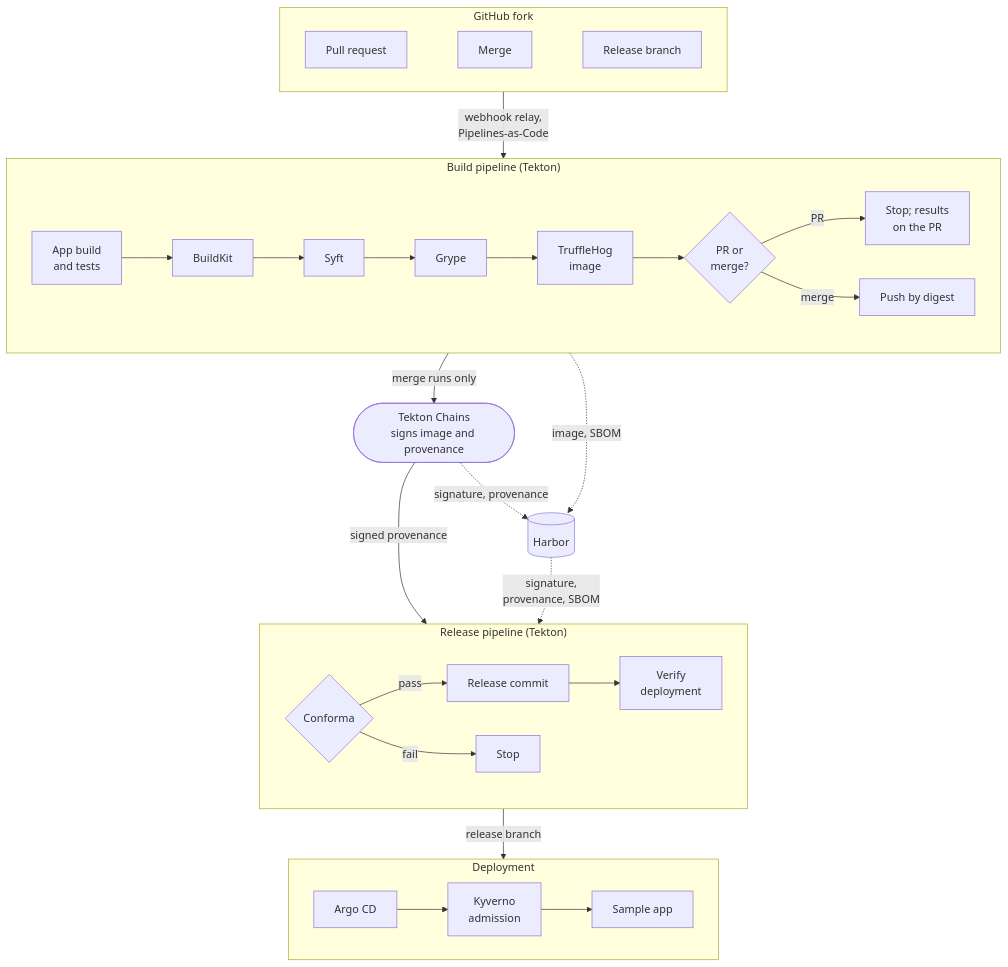
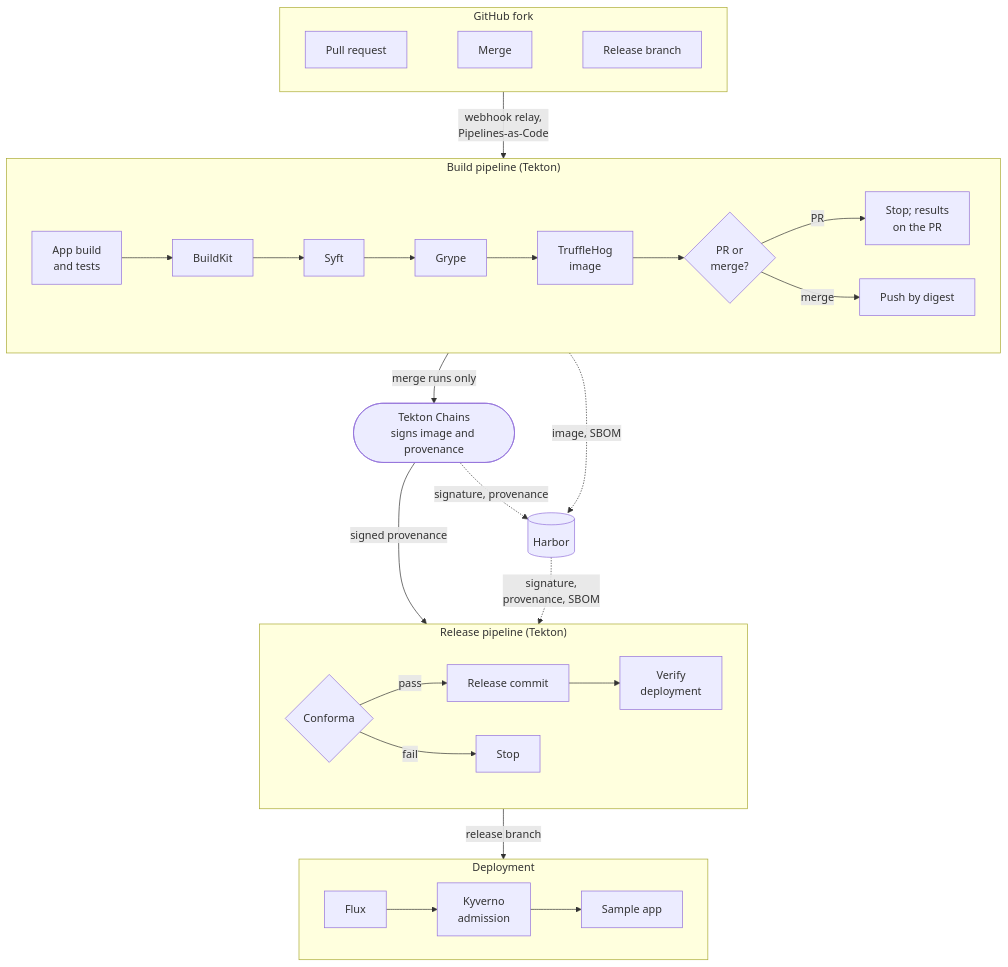
The second of 2 diagrams in content/en/docs/golden-paths/kubernetes-mvp-design.md (cdfoundation/Platform-Engineering), drawn with Mermaid before and after one commit. The commit also changed other lines of this file, not shown here.

Commit message:
docs: use Flux CD in the golden path design and shorten the page

````diff
--- a/content/en/docs/golden-paths/kubernetes-mvp-design.md
+++ b/content/en/docs/golden-paths/kubernetes-mvp-design.md
@@ -97,31 +84,31 @@
 ```mermaid
 flowchart TB
     subgraph GIT["GitHub fork"]
         direction LR
         PR["Pull request"] ~~~ M["Merge"] ~~~ RB["Release branch"]
     end
     subgraph BT["Build pipeline (Tekton)"]
         direction LR
         A["App build<br/>and tests"] --> B["BuildKit"] --> S["Syft"] --> G["Grype"] --> T["TruffleHog<br/>image"] --> Q{"PR or<br/>merge?"}
         Q -->|PR| X["Stop; results<br/>on the PR"]
         Q -->|merge| P["Push by digest"]
     end
     C(["Tekton Chains<br/>signs image and provenance"])
     subgraph REL["Release pipeline (Tekton)"]
         direction LR
         CF{"Conforma"} -->|pass| GC["Release commit"] --> DV["Verify<br/>deployment"]
         CF -->|fail| ST["Stop"]
     end
     subgraph RUN["Deployment"]
         direction LR
-        AR["Argo CD"] --> KV["Kyverno<br/>admission"] --> APP["Sample app"]
+        AR["Flux"] --> KV["Kyverno<br/>admission"] --> APP["Sample app"]
     end
     H[("Harbor")]
     GIT -->|webhook relay,<br/>Pipelines-as-Code| BT
     BT -->|merge runs only| C
     C -->|signed provenance| REL
     REL -->|release branch| RUN
     BT -.->|image, SBOM| H
     C -.->|signature, provenance| H
     H -.->|signature,<br/>provenance, SBOM| REL
 ```
````
